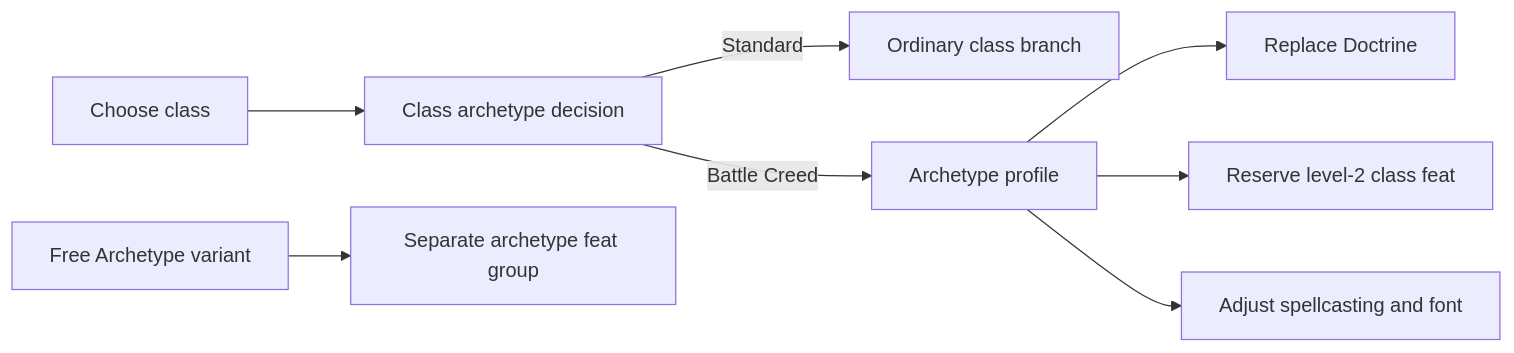
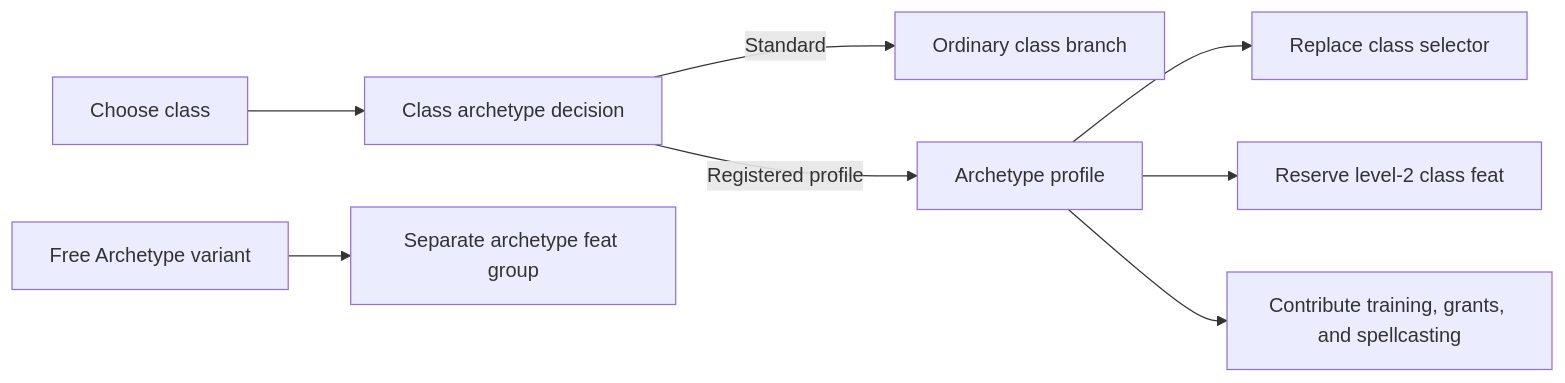
The diagram in docs/architecture/class-archetype-lane.md (bestlux/wayfinder), drawn with Mermaid before and after one commit. The commit also changed other lines of this file and 8 other files, not shown here.

````diff
--- a/docs/architecture/class-archetype-lane.md
+++ b/docs/architecture/class-archetype-lane.md
@@ -25,10 +21,10 @@
 ```mermaid
 flowchart LR
   A["Choose class"] --> B["Class archetype decision"]
   B -->|"Standard"| C["Ordinary class branch"]
-  B -->|"Battle Creed"| D["Archetype profile"]
-  D --> E["Replace Doctrine"]
+  B -->|"Registered profile"| D["Archetype profile"]
+  D --> E["Replace class selector"]
   D --> F["Reserve level-2 class feat"]
-  D --> G["Adjust spellcasting and font"]
+  D --> G["Contribute training, grants, and spellcasting"]
   H["Free Archetype variant"] --> I["Separate archetype feat group"]
 ```
````
